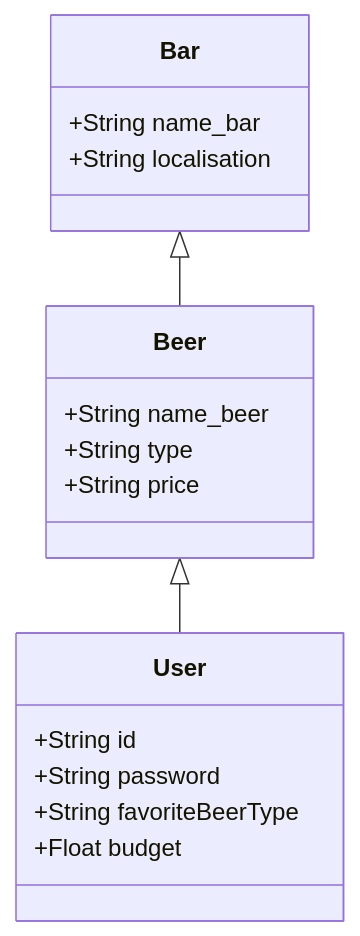
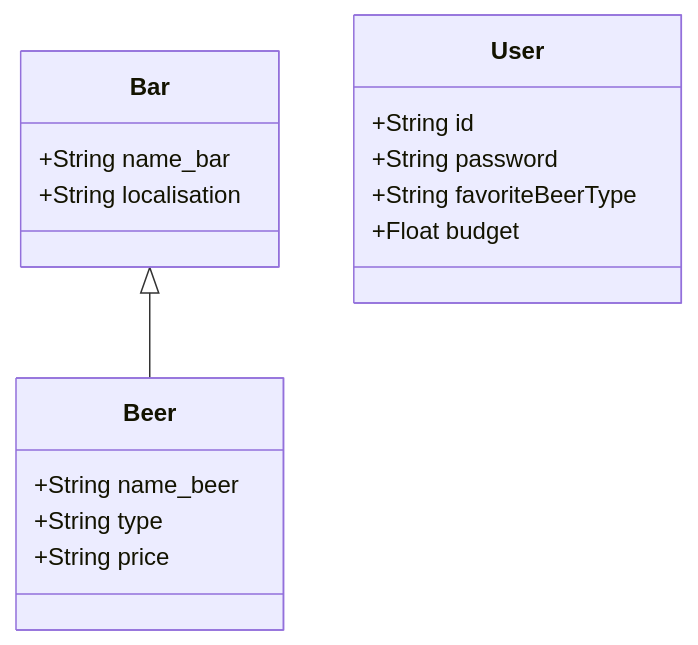
One commit to DonMako/beer changed the diagram in README.md. Above: the diagram before and after it, drawn with Mermaid. The commit also changed other lines of this file and 4 other files, not shown here.

````diff
--- a/README.md
+++ b/README.md
@@ -15,20 +23,19 @@
 ```mermaid
 classDiagram
-    Beer <|-- User
     Bar <|-- Beer
     class User{
       +String id
       +String password
       +String favoriteBeerType
       +Float budget
     }
     class Beer{
       +String name_beer
       +String type
       +String price
     }
     class Bar{
       +String name_bar
       +String localisation
     }
 ```
````
